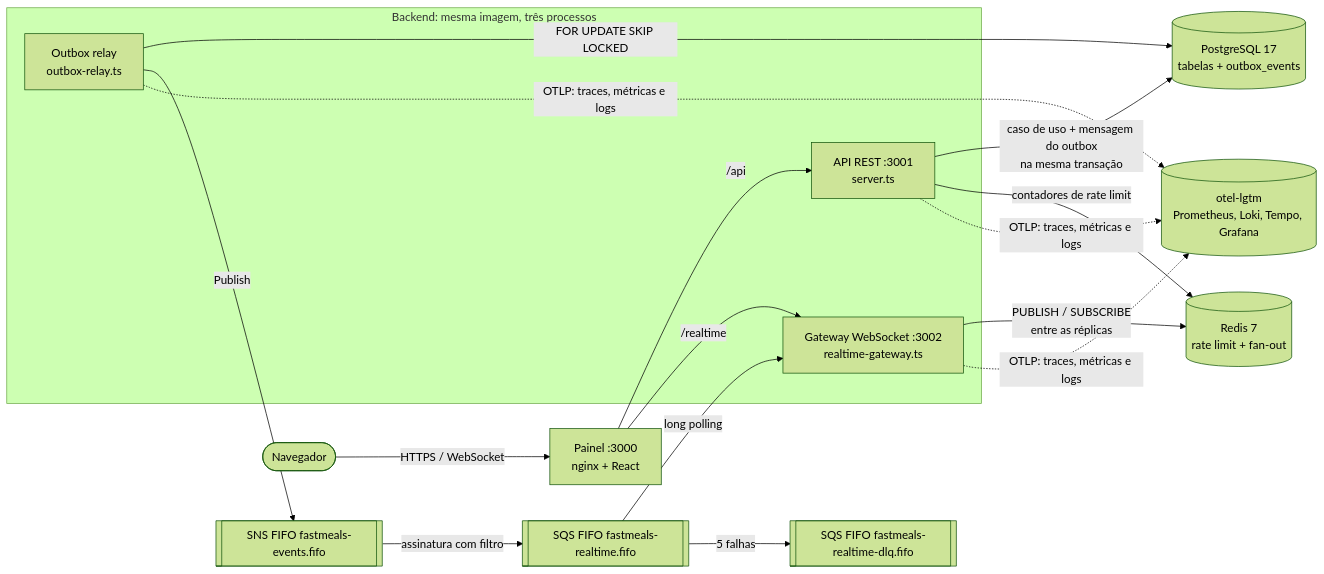
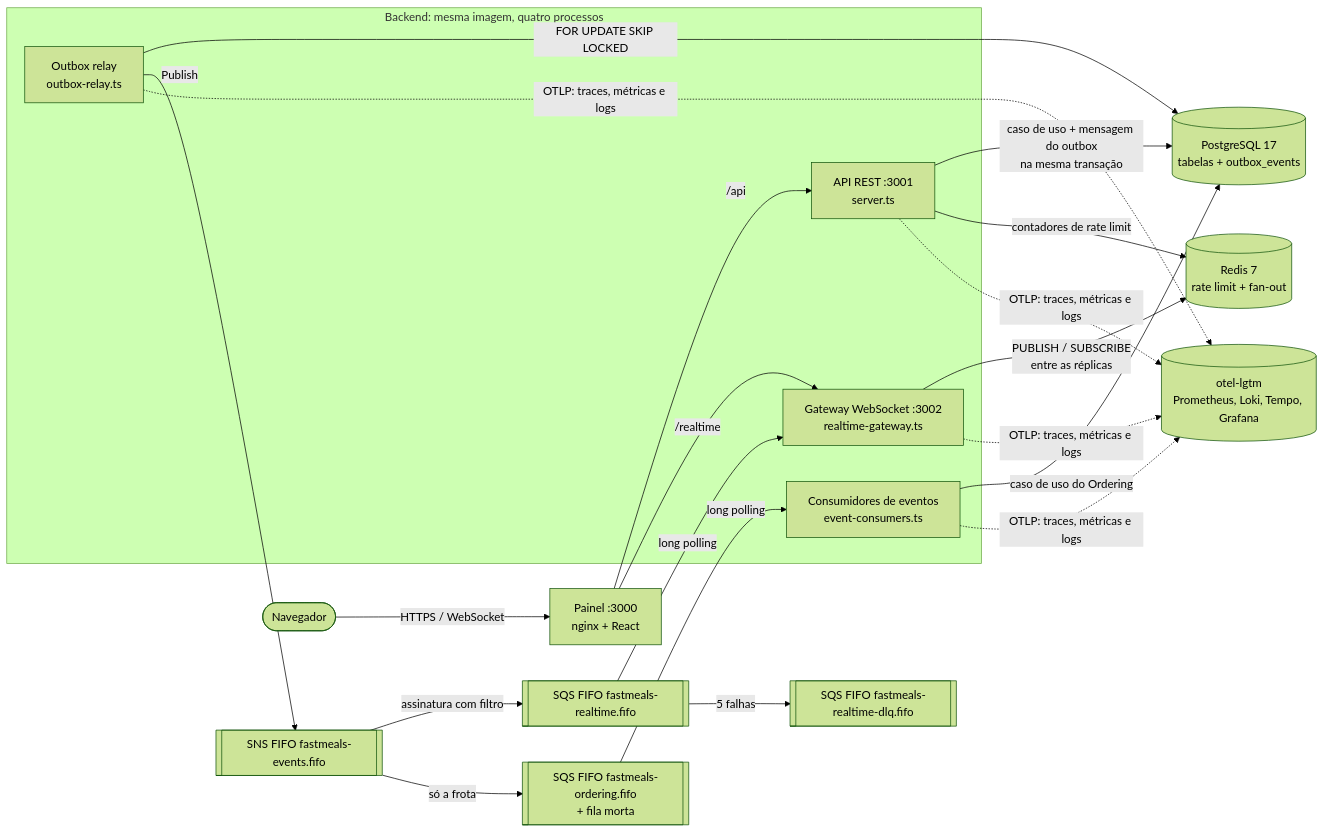
Before and after one commit to gftf2011/eyecarehealth-take-home-typescript-react: the first of 4 diagrams in DECISIONS.md, drawn with Mermaid (forest theme). The commit also changed other lines of this file and 2 other files, not shown here.

Commit message:
docs: document the fleet screen and the courier release flow (ADR-28)

````diff
--- a/DECISIONS.md
+++ b/DECISIONS.md
@@ -23,31 +23,36 @@
 ```mermaid
 flowchart LR
     navegador([Navegador])
     painel[Painel :3000<br/>nginx + React]
 
-    subgraph processos[Backend: mesma imagem, três processos]
+    subgraph processos[Backend: mesma imagem, quatro processos]
         api[API REST :3001<br/>server.ts]
         relay[Outbox relay<br/>outbox-relay.ts]
         gw[Gateway WebSocket :3002<br/>realtime-gateway.ts]
+        consumers[Consumidores de eventos<br/>event-consumers.ts]
     end
 
     pg[(PostgreSQL 17<br/>tabelas + outbox_events)]
     redis[(Redis 7<br/>rate limit + fan-out)]
     sns[[SNS FIFO fastmeals-events.fifo]]
     sqs[[SQS FIFO fastmeals-realtime.fifo]]
     dlq[[SQS FIFO fastmeals-realtime-dlq.fifo]]
+    orderingQueue[[SQS FIFO fastmeals-ordering.fifo<br/>+ fila morta]]
     lgtm[(otel-lgtm<br/>Prometheus, Loki, Tempo, Grafana)]
 
     navegador -- HTTPS / WebSocket --> painel
     painel -- /api --> api
     api -- caso de uso + mensagem do outbox<br/>na mesma transação --> pg
     api -- contadores de rate limit --> redis
     relay -- FOR UPDATE SKIP LOCKED --> pg
     relay -- Publish --> sns
     sns -- assinatura com filtro --> sqs
     sqs -- 5 falhas --> dlq
     sqs -- long polling --> gw
     gw -- PUBLISH / SUBSCRIBE<br/>entre as réplicas --> redis
-    api & relay & gw -. OTLP: traces, métricas e logs .-> lgtm
+    sns -- só a frota --> orderingQueue
+    orderingQueue -- long polling --> consumers
+    consumers -- caso de uso do Ordering --> pg
+    api & relay & gw & consumers -. OTLP: traces, métricas e logs .-> lgtm
     painel -- /realtime --> gw
 ```
````
